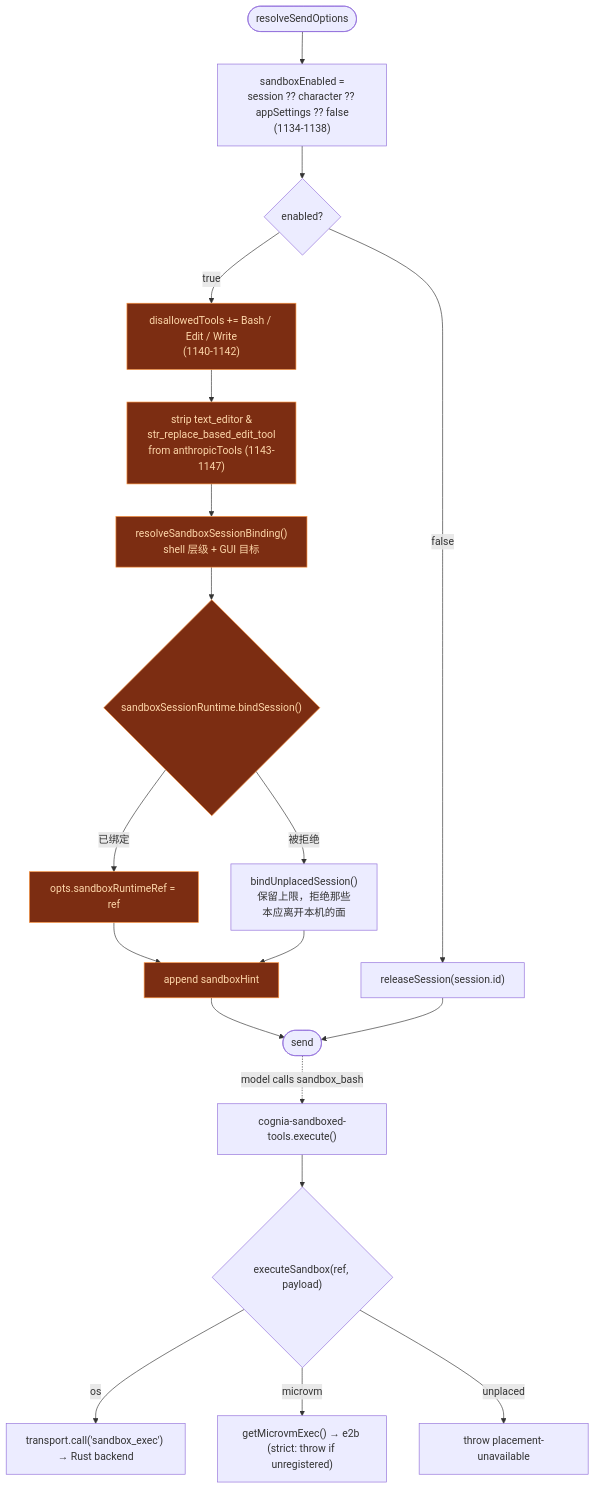
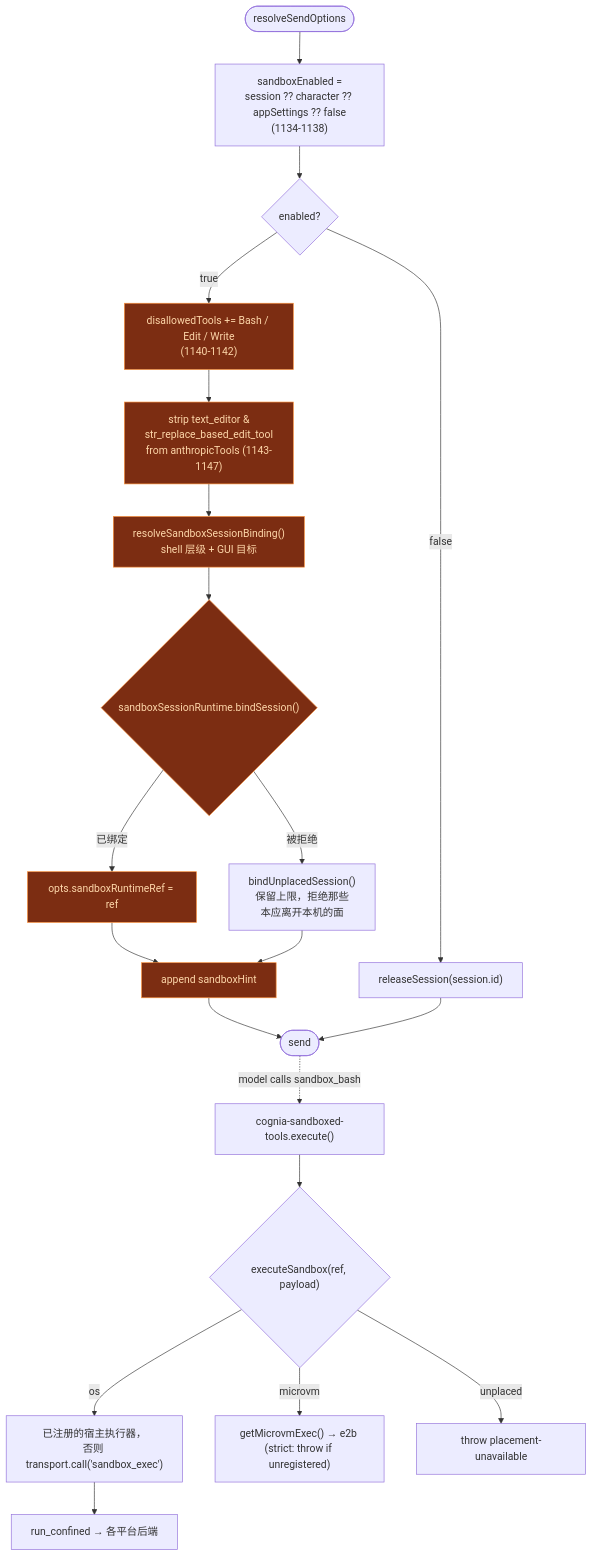
One commit to MaxQian888/cognia-next changed the diagram in docs/content/docs/zh/subsystems/sandbox/execution-overview.mdx. Above: the diagram before and after it, drawn with Mermaid. The commit also changed other lines of this file and 6 other files, not shown here.

````diff
--- a/docs/content/docs/zh/subsystems/sandbox/execution-overview.mdx
+++ b/docs/content/docs/zh/subsystems/sandbox/execution-overview.mdx
@@ -154,27 +154,28 @@
 ```mermaid
 flowchart TD
   Start([resolveSendOptions]) --> Resolve["sandboxEnabled =<br/>session ?? character ?? appSettings ?? false<br/>(1134-1138)"]
   Resolve --> Gate{enabled?}
 
   Gate -->|true| Deny["disallowedTools += Bash / Edit / Write<br/>(1140-1142)"]
   Deny --> Filter["strip text_editor &<br/>str_replace_based_edit_tool<br/>from anthropicTools (1143-1147)"]
   Filter --> Tier["resolveSandboxSessionBinding()<br/>shell 层级 + GUI 目标"]
   Tier --> Bind{"sandboxSessionRuntime.bindSession()"}
   Bind -->|已绑定| Stamp["opts.sandboxRuntimeRef = ref"]
   Bind -->|被拒绝| Unplaced["bindUnplacedSession()<br/>保留上限，拒绝那些<br/>本应离开本机的面"]
   Stamp --> Hint["append sandboxHint"]
   Unplaced --> Hint
   Hint --> Done([send])
 
   Gate -->|false| Reset["releaseSession(session.id)"]
   Reset --> Done
 
   Done -.->|"model calls sandbox_bash"| Plugin["cognia-sandboxed-tools.execute()"]
   Plugin --> Router{"executeSandbox(ref, payload)"}
-  Router -->|os| OSExec["transport.call('sandbox_exec') → Rust backend"]
+  Router -->|os| OSExec["已注册的宿主执行器，<br/>否则 transport.call('sandbox_exec')"]
+  OSExec --> Confined["run_confined → 各平台后端"]
   Router -->|microvm| MV["getMicrovmExec() → e2b (strict: throw if unregistered)"]
   Router -->|unplaced| Refuse["throw placement-unavailable"]
 
   classDef on fill:#7c2d12,stroke:#fb923c,color:#fed7aa
   class Deny,Filter,Tier,Bind,Stamp,Hint on
 ```
````
